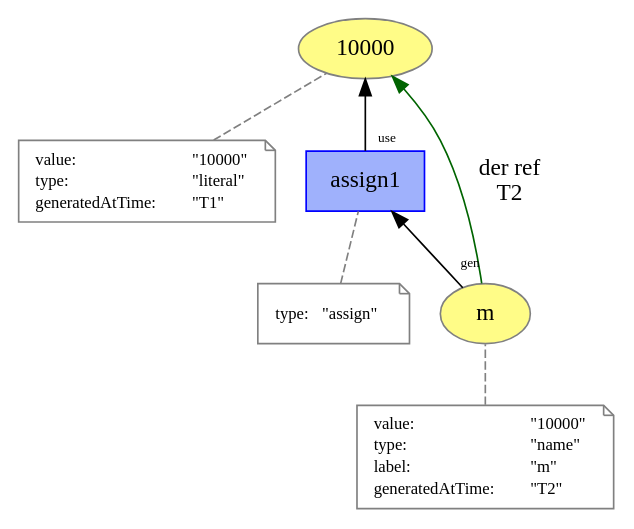
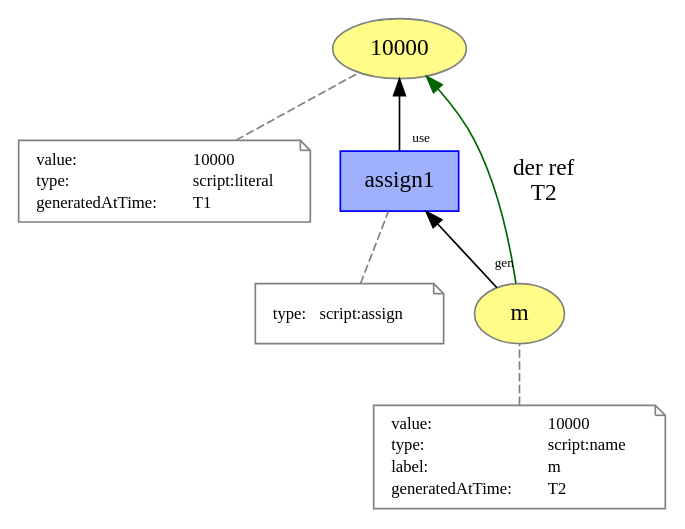
Before and after one commit to dew-uff/versioned-prov: the diagram in images/versioned_prov/assign.dot, drawn with Graphviz. The commit also changed 61 other files, not shown here.

```diff
--- a/images/versioned_prov/assign.dot
+++ b/images/versioned_prov/assign.dot
@@ -1,50 +1,50 @@
 digraph "PROV" { size="16,12"; rankdir="BT";
 "http://example.org/10000" [fillcolor="#FFFC87",color="#808080",style="filled",label="10000",URL="http://example.org/10000"]
 "-attrs0" [color="gray",shape="note",fontsize="10",fontcolor="black",label=<<TABLE cellpadding="0" border="0">
 	<TR>
 	    <TD align="left">value:</TD>
-	    <TD align="left">&quot;10000&quot;</TD>
+	    <TD align="left">10000</TD>
 	</TR>
 	<TR>
 	    <TD align="left">type:</TD>
-	    <TD align="left">&quot;literal&quot;</TD>
+	    <TD align="left">script:literal</TD>
 	</TR>
 	<TR>
 	    <TD align="left">generatedAtTime:</TD>
-	    <TD align="left">&quot;T1&quot;</TD>
+	    <TD align="left">T1</TD>
 	</TR>
 </TABLE>>]
 "-attrs0" -> "http://example.org/10000" [color="gray",style="dashed",arrowhead="none"]
 "http://example.org/m" [fillcolor="#FFFC87",color="#808080",style="filled",label="m",URL="http://example.org/m"]
 "-attrs1" [color="gray",shape="note",fontsize="10",fontcolor="black",label=<<TABLE cellpadding="0" border="0">
 	<TR>
 	    <TD align="left">value:</TD>
-	    <TD align="left">&quot;10000&quot;</TD>
+	    <TD align="left">10000</TD>
 	</TR>
 	<TR>
 	    <TD align="left">type:</TD>
-	    <TD align="left">&quot;name&quot;</TD>
+	    <TD align="left">script:name</TD>
 	</TR>
 	<TR>
 	    <TD align="left">label:</TD>
-	    <TD align="left">&quot;m&quot;</TD>
+	    <TD align="left">m</TD>
 	</TR>
 	<TR>
 	    <TD align="left">generatedAtTime:</TD>
-	    <TD align="left">&quot;T2&quot;</TD>
+	    <TD align="left">T2</TD>
 	</TR>
 </TABLE>>]
 "-attrs1" -> "http://example.org/m" [color="gray",style="dashed",arrowhead="none"]
 "http://example.org/assign1" [fillcolor="#9FB1FC",color="#0000FF",shape="polygon",sides="4",style="filled",label="assign1",URL="http://example.org/assign1"]
 "-attrs2" [color="gray",shape="note",fontsize="10",fontcolor="black",label=<<TABLE cellpadding="0" border="0">
 	<TR>
 	    <TD align="left">type:</TD>
-	    <TD align="left">&quot;assign&quot;</TD>
+	    <TD align="left">script:assign</TD>
 	</TR>
 </TABLE>>]
 "-attrs2" -> "http://example.org/assign1" [color="gray",style="dashed",arrowhead="none"]
 "http://example.org/assign1" -> "http://example.org/10000" [labelfontsize="8",labeldistance="1.5",labelangle="60.0",rotation="20",taillabel="use"]
 "http://example.org/m" -> "http://example.org/assign1" [labelfontsize="8",labeldistance="1.5",labelangle="60.0",rotation="20",taillabel="gen"]
 "http://example.org/m" -> "http://example.org/10000" [labelfontsize="8",labeldistance="1.5",color="darkgreen",labelangle="60.0",rotation="20",label="der ref
 T2"]
 }
```
